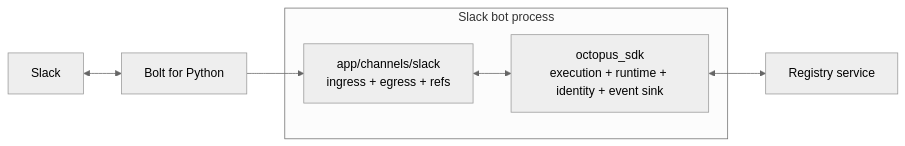
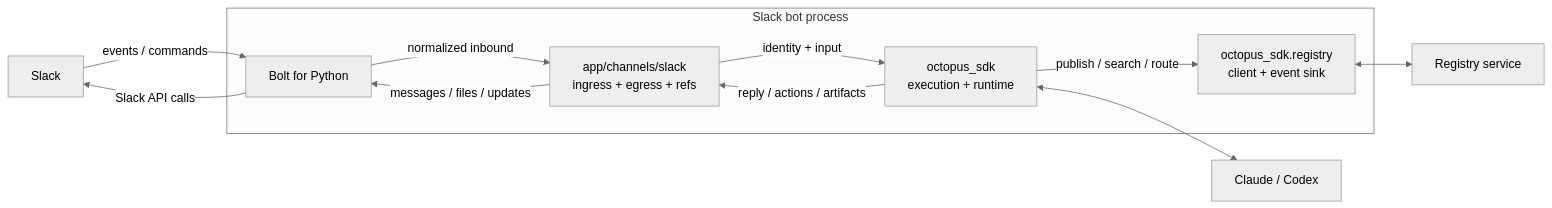
One commit to privacynow/octopus changed the third of 6 diagrams in ARCHITECTURE.md. Above: the diagram before and after it, drawn with Mermaid (neutral theme).

Commit message:
Correct Slack architecture flow diagram

````diff
--- a/ARCHITECTURE.md
+++ b/ARCHITECTURE.md
@@ -194,16 +194,23 @@
 ```mermaid
 flowchart LR
     Slack["Slack"]
-    Bolt["Bolt for Python"]
     Registry["Registry service"]
+    Provider["Claude / Codex"]
 
     subgraph Bot["Slack bot process"]
+        Bolt["Bolt for Python"]
         Transport["app/channels/slack<br/>ingress + egress + refs"]
-        Sdk["octopus_sdk<br/>execution + runtime + identity + event sink"]
+        Exec["octopus_sdk<br/>execution + runtime"]
+        RegSdk["octopus_sdk.registry<br/>client + event sink"]
     end
 
-    Slack <--> Bolt
-    Bolt --> Transport
-    Transport <--> Sdk
-    Sdk <--> Registry
+    Slack -->|events / commands| Bolt
+    Bolt -->|normalized inbound| Transport
+    Transport -->|identity + input| Exec
+    Exec -->|reply / actions / artifacts| Transport
+    Transport -->|messages / files / updates| Bolt
+    Bolt -->|Slack API calls| Slack
+    Exec -->|publish / search / route| RegSdk
+    RegSdk <--> Registry
+    Exec <--> Provider
 ```
````
